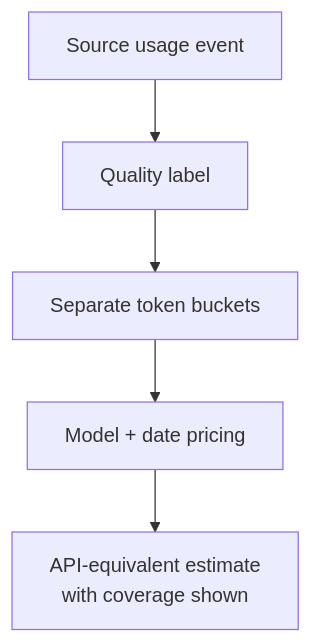
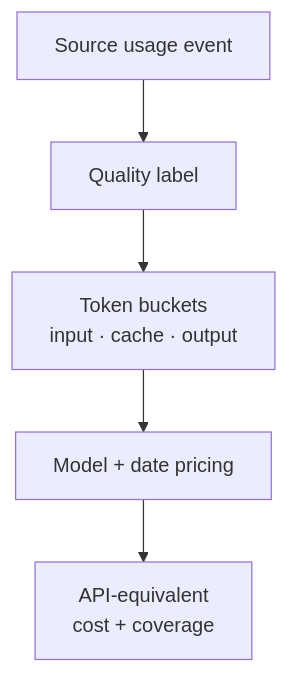
The second of 2 diagrams in README.md (spencer-life/ai-tracker), drawn with Mermaid before and after one commit. The commit also changed other lines of this file, not shown here.

````diff
--- a/README.md
+++ b/README.md
@@ -106,9 +108,9 @@
 ```mermaid
 flowchart TD
   A["Source usage event"]
   B["Quality label"]
-  C["Separate token buckets"]
+  C["Token buckets<br/>input · cache · output"]
   D["Model + date pricing"]
-  E["API-equivalent estimate<br/>with coverage shown"]
+  E["API-equivalent<br/>cost + coverage"]
   A --> B --> C --> D --> E
 ```
````
